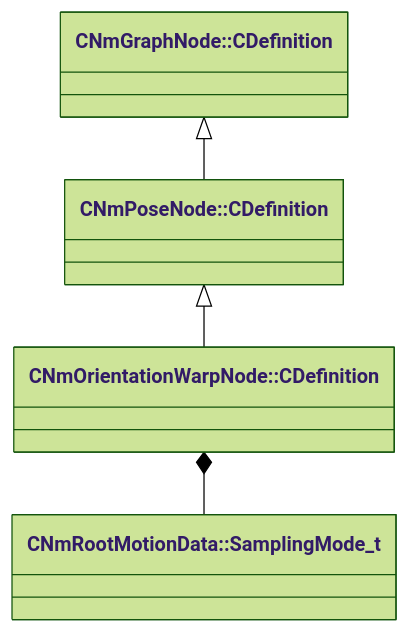
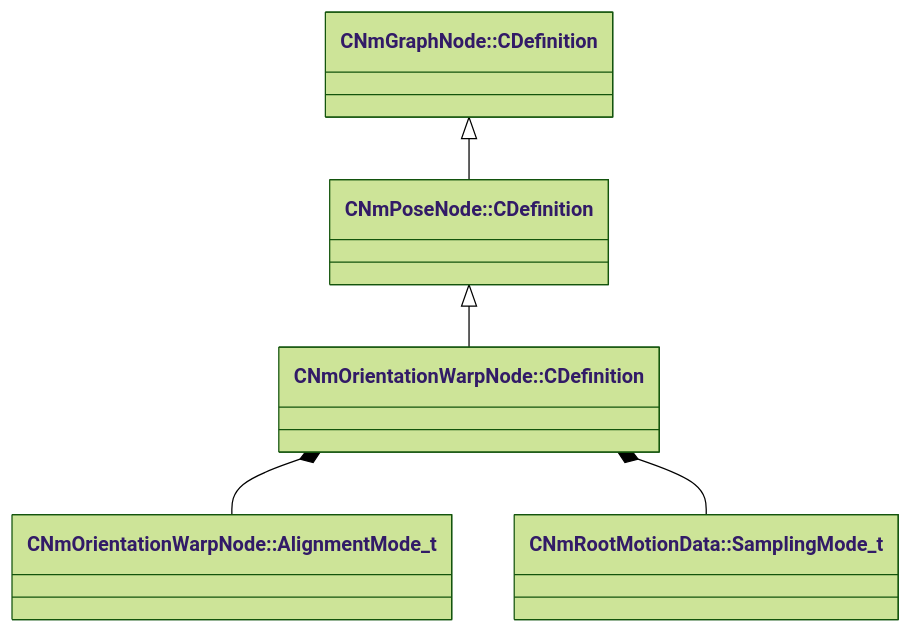
Before and after one commit to CS2OpenDev/CS2OpenDev-Docs: the diagram in docs/generated/schemas/animlib/CNmOrientationWarpNode.CDefinition.md, drawn with Mermaid (forest theme). The commit also changed other lines of this file and 4654 other files, not shown here.

Commit message:
docs: regenerate for SchemaTracker build 25947352 [skip ci]

````diff
--- a/docs/generated/schemas/animlib/CNmOrientationWarpNode.CDefinition.md
+++ b/docs/generated/schemas/animlib/CNmOrientationWarpNode.CDefinition.md
@@ -19,6 +19,7 @@
 ```mermaid
 classDiagram
     `CNmPoseNode::CDefinition` <|-- `CNmOrientationWarpNode::CDefinition`
     `CNmGraphNode::CDefinition` <|-- `CNmPoseNode::CDefinition`
+    `CNmOrientationWarpNode::CDefinition` *-- `CNmOrientationWarpNode::AlignmentMode_t`
     `CNmOrientationWarpNode::CDefinition` *-- `CNmRootMotionData::SamplingMode_t`
 ```
````
